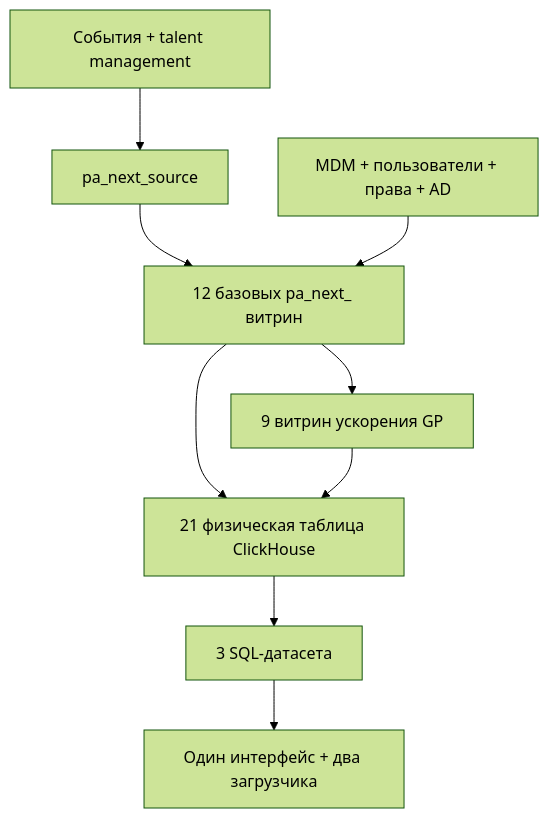
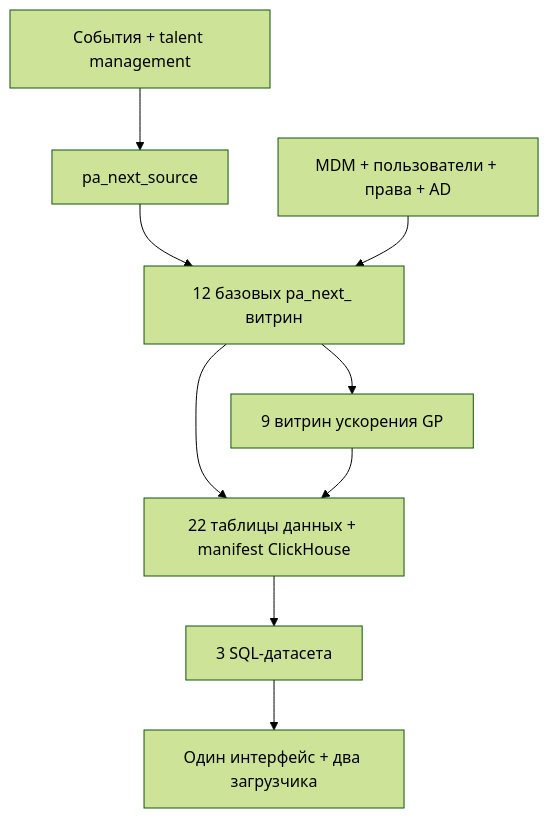
Before and after one commit to romuney/adoption: the diagram in Параллельный отчёт — pa_next/DATA.md, drawn with Mermaid (forest theme). The commit also changed other lines of this file and 43 other files, not shown here.

````diff
--- a/Параллельный отчёт — pa_next/DATA.md
+++ b/Параллельный отчёт — pa_next/DATA.md
@@ -26,11 +26,11 @@
 ```mermaid
 flowchart TD
   E[События + talent management] --> S[pa_next_source]
   S --> B[12 базовых pa_next_ витрин]
   HR[MDM + пользователи + права + AD] --> B
   B --> A[9 витрин ускорения GP]
-  B --> CH[21 физическая таблица ClickHouse]
+  B --> CH[22 таблицы данных + manifest ClickHouse]
   A --> CH
   CH --> Q[3 SQL-датасета]
   Q --> UI[Один интерфейс + два загрузчика]
 ```
````
